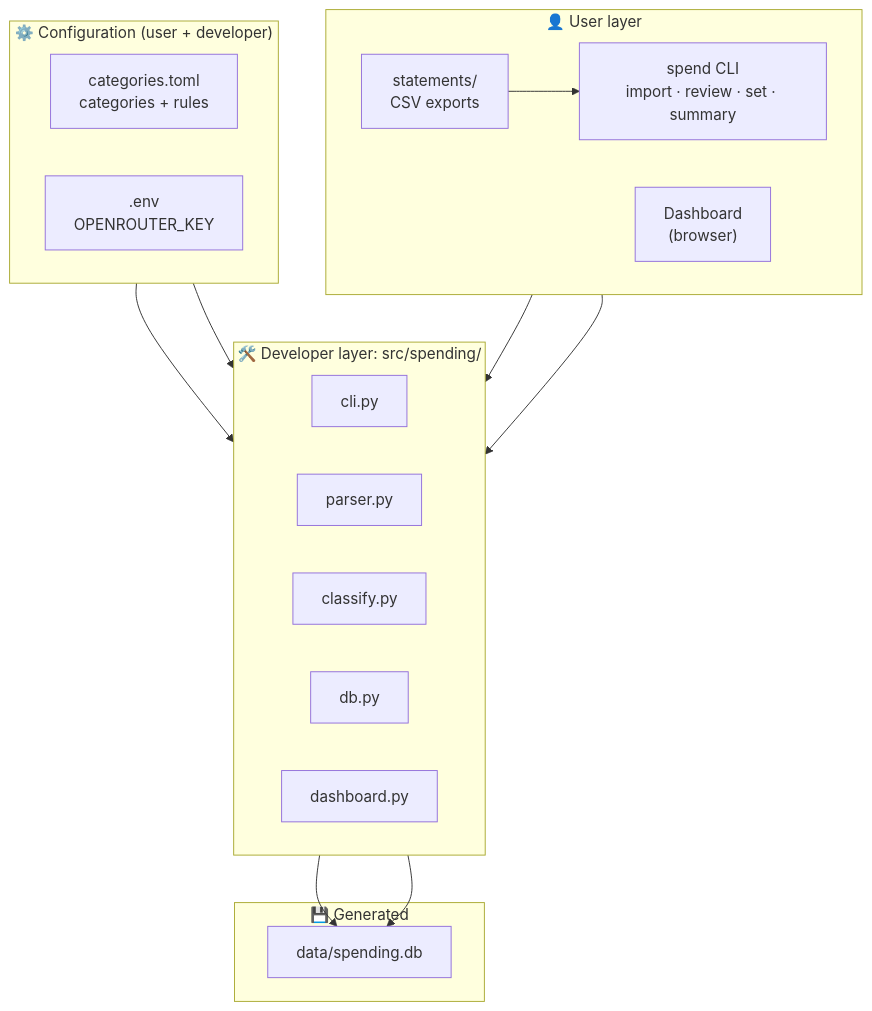
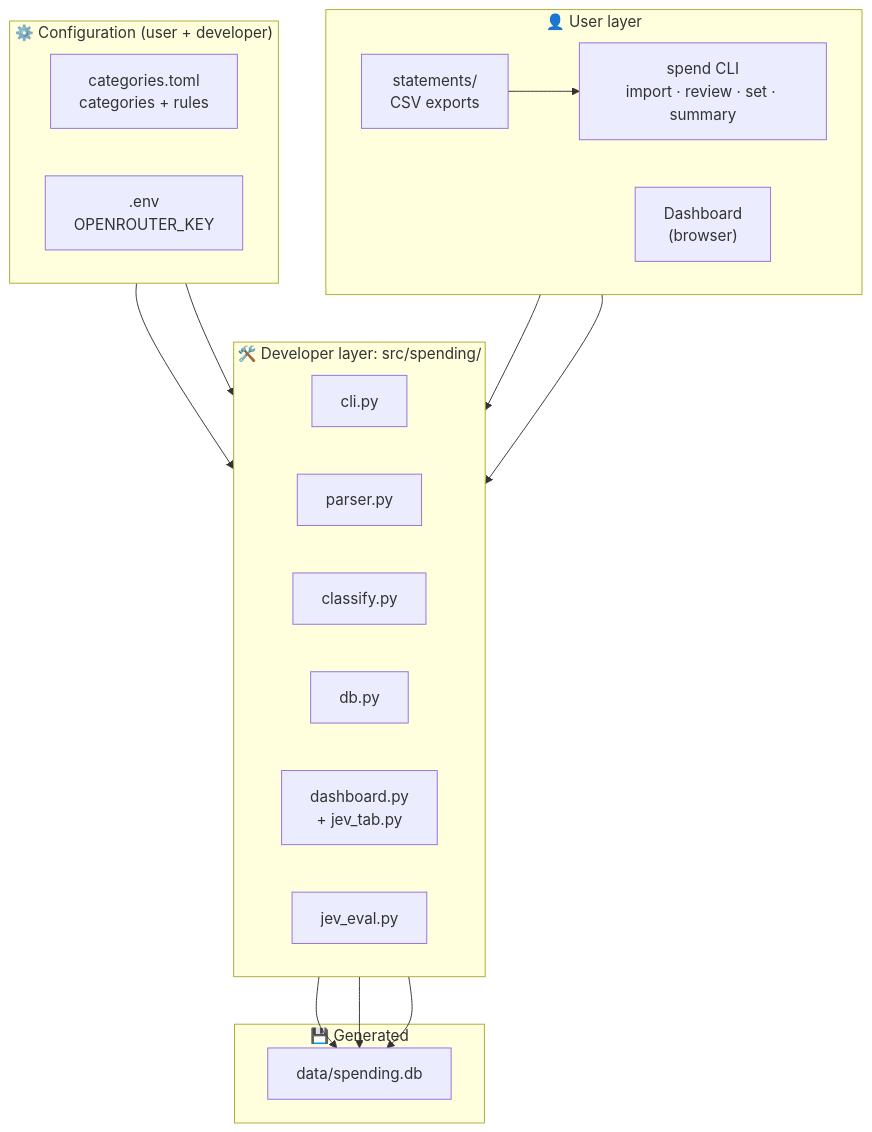
The first of 6 diagrams in STRUCTURE.md (alessandrofelici/spending-tracker), drawn with Mermaid before and after one commit. The commit also changed other lines of this file and 9 other files, not shown here.

First line of the commit message:
feat: jev review: explainer, latency, agreement eval and categorization tab (#9)

````diff
--- a/STRUCTURE.md
+++ b/STRUCTURE.md
@@ -54,36 +58,38 @@
 ```mermaid
 flowchart TB
     subgraph USER["👤 User layer"]
         direction LR
         U1["statements/<br/>CSV exports"]
         U2["spend CLI<br/>import · review · set · summary"]
         U3["Dashboard<br/>(browser)"]
     end
 
     subgraph SHARED["⚙️ Configuration (user + developer)"]
         direction LR
         C1["categories.toml<br/>categories + rules"]
         C2[".env<br/>OPENROUTER_KEY"]
     end
 
     subgraph DEV["🛠️ Developer layer: src/spending/"]
         direction LR
         D1["cli.py"]
         D2["parser.py"]
         D3["classify.py"]
         D4["db.py"]
-        D5["dashboard.py"]
+        D5["dashboard.py<br/>+ jev_tab.py"]
+        D6["jev_eval.py"]
     end
 
     subgraph STORE["💾 Generated"]
         S1["data/spending.db"]
     end
 
     U1 --> U2
     U2 --> D1
     U3 --> D5
     C1 --> D3
     C2 --> D3
     D4 --> S1
     D5 --> S1
+    D6 --> S1
 ```
````
